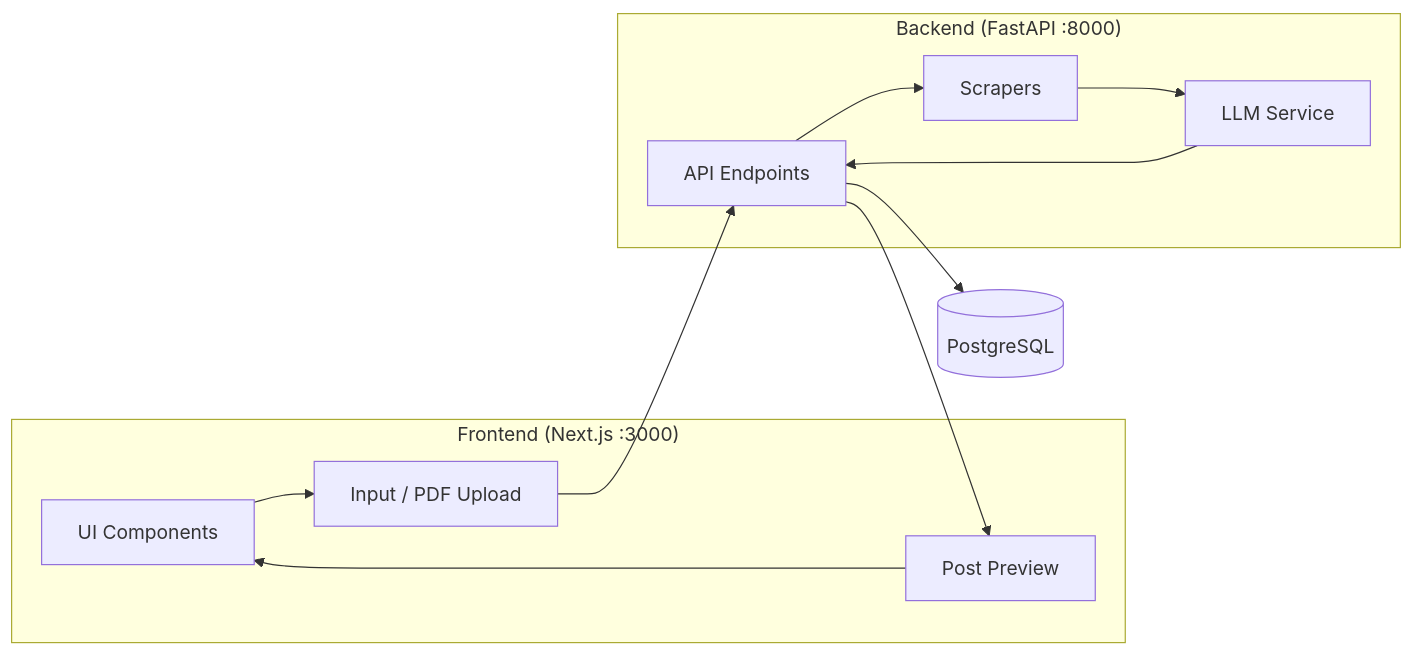
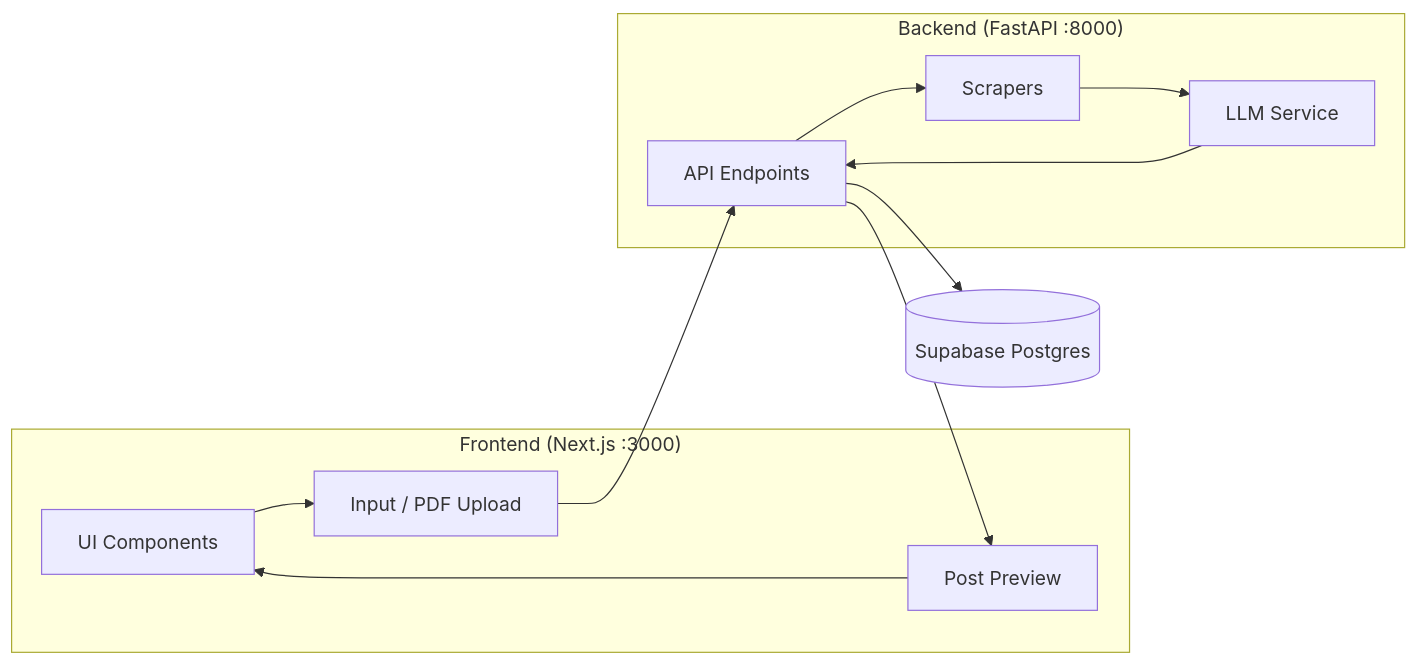
Before and after one commit to oahednoorforhad/KnowledgeRepurposer: the diagram in README.md, drawn with Mermaid. The commit also changed other lines of this file, not shown here.

Commit message:
docs: switch README setup from local Postgres to Supabase

````diff
--- a/README.md
+++ b/README.md
@@ -5,21 +5,21 @@
 ```mermaid
 flowchart LR
     subgraph FE["Frontend (Next.js :3000)"]
         UI[UI Components]
         Input[Input / PDF Upload]
         Output[Post Preview]
     end
 
     subgraph BE["Backend (FastAPI :8000)"]
         API[API Endpoints]
         Scraper[Scrapers]
         LLM[LLM Service]
     end
 
-    DB[(PostgreSQL)]
+    DB[(Supabase Postgres)]
 
     UI --> Input --> API
     API --> Scraper --> LLM --> API
     API --> DB
     API --> Output --> UI
 ```
````
